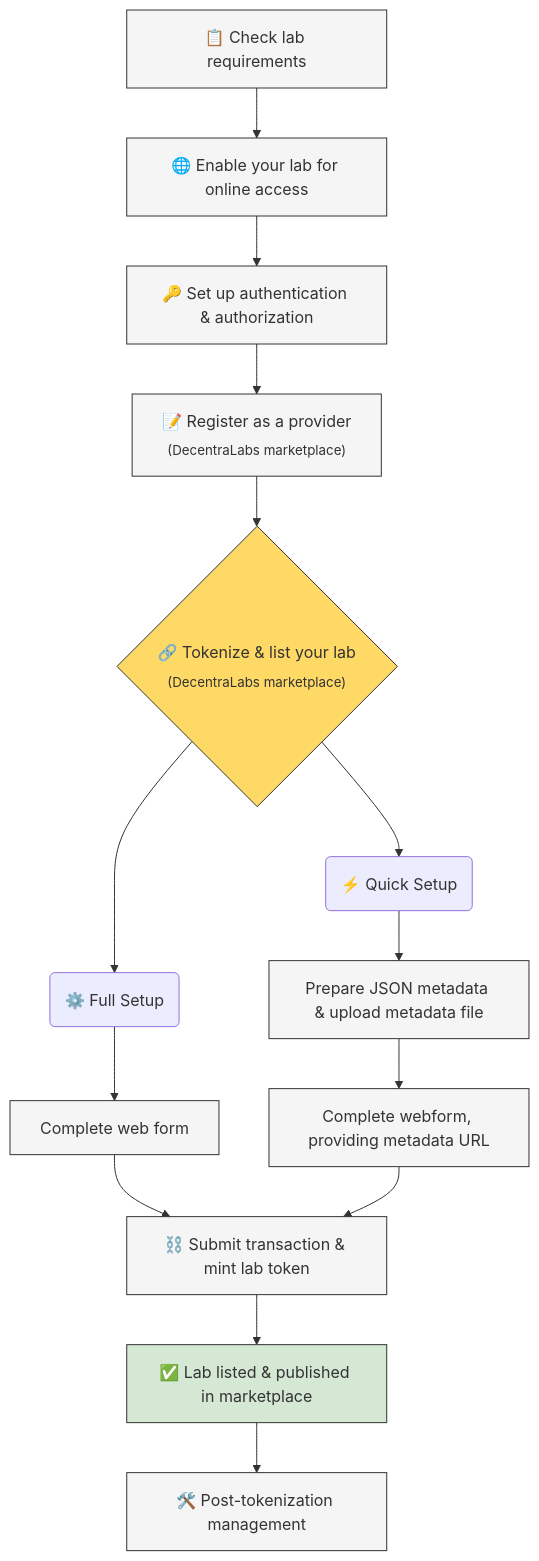
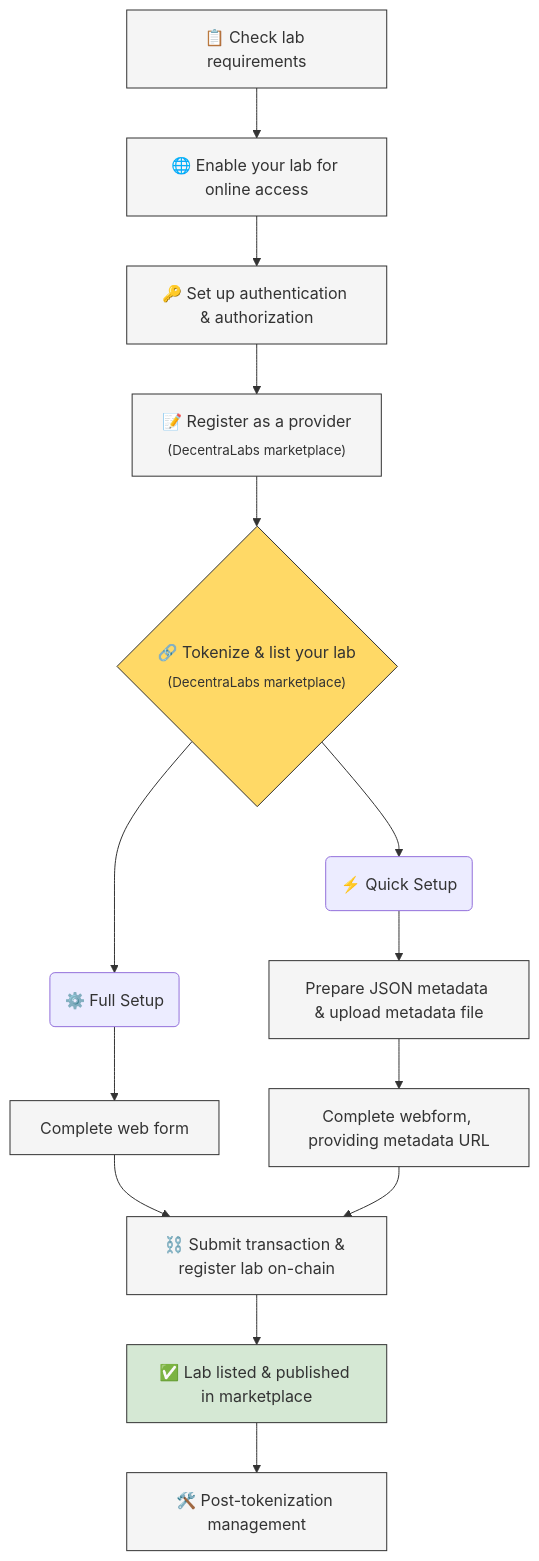
The diagram in become-a-provider/graphical-overview.md (DecentraLabsCom/Marketplace), drawn with Mermaid before and after one commit. The commit also changed 77 other files, not shown here.

````diff
--- a/become-a-provider/graphical-overview.md
+++ b/become-a-provider/graphical-overview.md
@@ -5,25 +5,25 @@
 ```mermaid
 flowchart TD
     A[📋 Check lab requirements]:::step --> B[🌐 Enable your lab for online access]:::step
     B --> C[🔑 Set up authentication & authorization]:::step
     C --> D["📝 Register as a provider<br/><sub>(DecentraLabs marketplace)</sub>"]:::step
 
     D --> E{"🔗 Tokenize & list your lab<br/><sub>(DecentraLabs marketplace)</sub>"}:::decision
 
     E --> F1(⚙️ Full Setup)
     F1 --> F11[Complete web form]:::step
-    F11 --> G1[⛓️ Submit transaction & mint lab token]:::step
+    F11 --> G1[⛓️ Submit transaction & register lab on-chain]:::step
 
     E --> F2(⚡ Quick Setup)
     F2 --> F21[Prepare JSON metadata & upload metadata file]:::step
     F21 --> F22[Complete webform, providing metadata URL]:::step
     F22 --> G1
 
     G1 --> H[✅ Lab listed & published in marketplace]:::result
     H --> I[🛠️ Post-tokenization management]:::step
 
     classDef step fill:#f5f5f5,stroke:#333,stroke-width:1px;
     classDef decision fill:#ffd966,stroke:#333,stroke-width:1px;
     classDef result fill:#d5e8d4,stroke:#333,stroke-width:1px;
 
 ```
````
